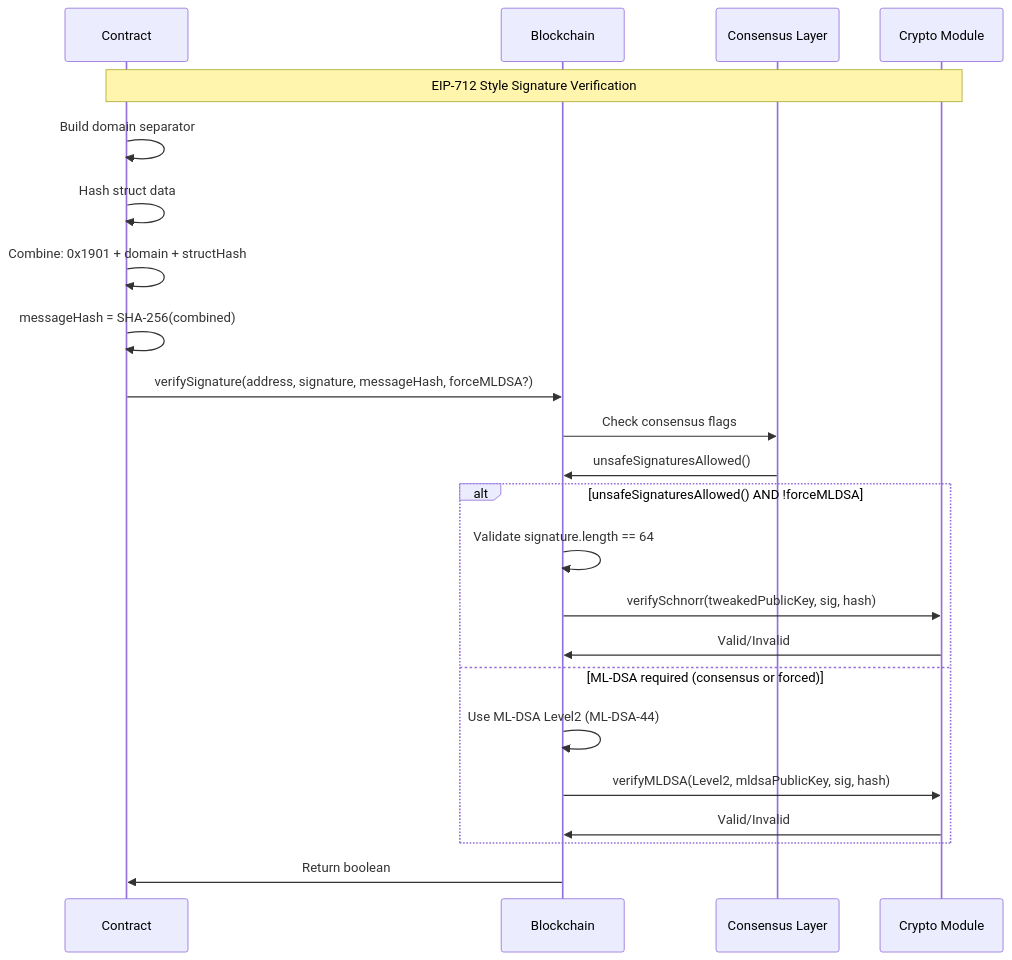
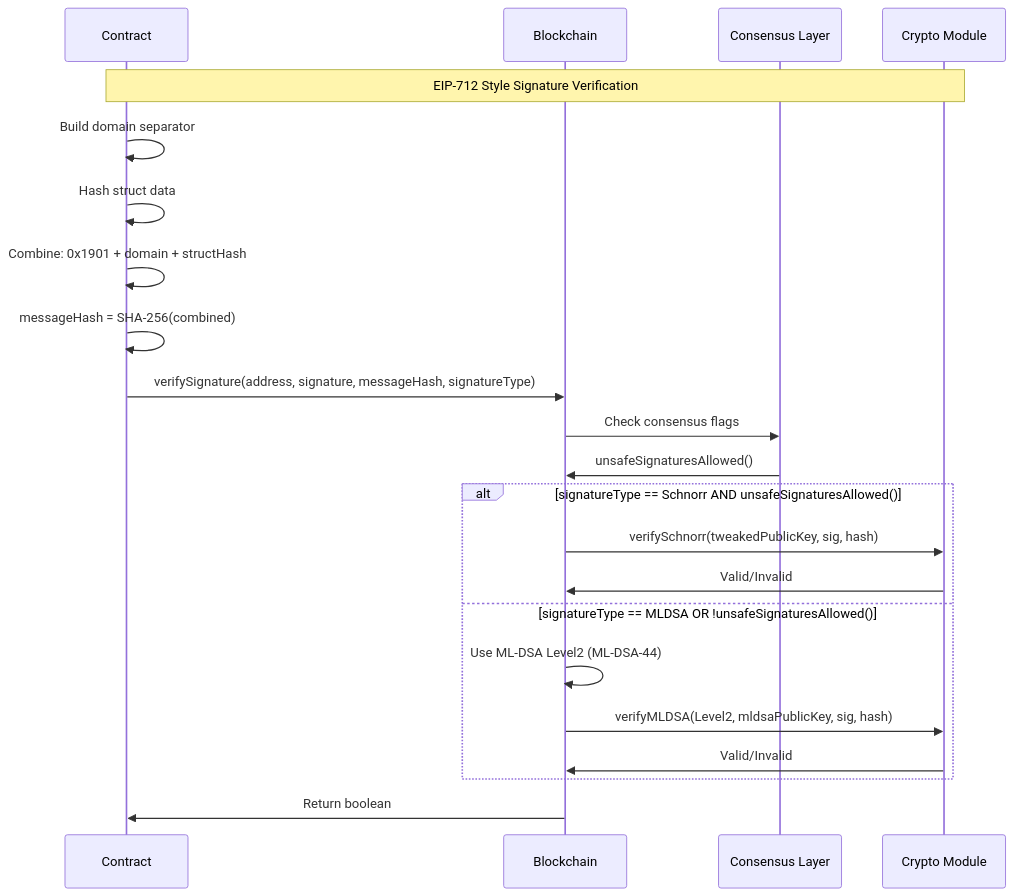
The sixth of 6 diagrams in docs/api-reference/blockchain.md (btc-vision/btc-runtime), drawn with Mermaid before and after one commit. The commit also changed other lines of this file and 4 other files, not shown here.

````diff
--- a/docs/api-reference/blockchain.md
+++ b/docs/api-reference/blockchain.md
@@ -554,30 +557,29 @@
 ```mermaid
 sequenceDiagram
     participant C as Contract
     participant BC as Blockchain
     participant Cons as Consensus Layer
     participant Crypto as Crypto Module
 
     Note over C,Crypto: EIP-712 Style Signature Verification
     C->>C: Build domain separator
     C->>C: Hash struct data
     C->>C: Combine: 0x1901 + domain + structHash
     C->>C: messageHash = SHA-256(combined)
 
-    C->>BC: verifySignature(address, signature, messageHash, forceMLDSA?)
+    C->>BC: verifySignature(address, signature, messageHash, signatureType)
 
     BC->>Cons: Check consensus flags
     Cons->>BC: unsafeSignaturesAllowed()
 
-    alt unsafeSignaturesAllowed() AND !forceMLDSA
-        BC->>BC: Validate signature.length == 64
+    alt signatureType == Schnorr AND unsafeSignaturesAllowed()
         BC->>Crypto: verifySchnorr(tweakedPublicKey, sig, hash)
         Crypto->>BC: Valid/Invalid
-    else ML-DSA required (consensus or forced)
+    else signatureType == MLDSA OR !unsafeSignaturesAllowed()
         BC->>BC: Use ML-DSA Level2 (ML-DSA-44)
         BC->>Crypto: verifyMLDSA(Level2, mldsaPublicKey, sig, hash)
         Crypto->>BC: Valid/Invalid
     end
 
     BC->>C: Return boolean
 ```
````
